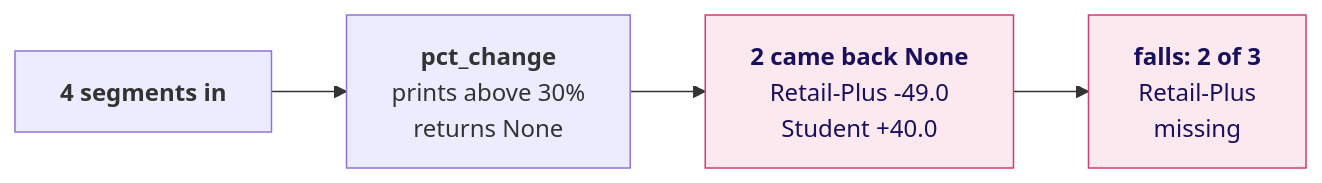
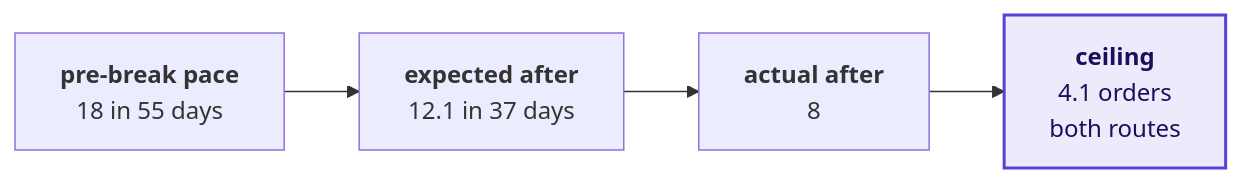
Before and after one commit to fde-academy-lab/c2-content-factory: the fifth of 11 diagrams in content/W01/D2/slides/C2_W01_D02_half2_STUDENT.md, drawn with Mermaid. The commit also changed other lines of this file and 11 other files, not shown here.

````diff
--- a/content/W01/D2/slides/C2_W01_D02_half2_STUDENT.md
+++ b/content/W01/D2/slides/C2_W01_D02_half2_STUDENT.md
@@ -140,8 +193,8 @@
 ```mermaid
 flowchart LR
-    I["<b>4 segments in</b>"] --> H["<b>pct_change</b><br/>prints above 30%<br/>returns None"]
-    H --> O["<b>2 came back None</b><br/>Retail-Plus -49.0<br/>Student +40.0"]
-    O --> F["<b>falls: 2 of 3</b><br/>Retail-Plus<br/>missing"]
-    classDef bad fill:#FBE9EF,stroke:#D63A6A,color:#1A0F5C
-    class O,F bad
+    P["<b>pre-break pace</b><br/>18 in 55 days"] --> E["<b>expected after</b><br/>12.1 in 37 days"]
+    E --> A["<b>actual after</b><br/>8"]
+    A --> C["<b>ceiling</b><br/>4.1 orders<br/>both routes"]
+    classDef known fill:#EEEAFB,stroke:#5B3FD6,color:#1A0F5C,stroke-width:2px
+    class C known
 ```
````
